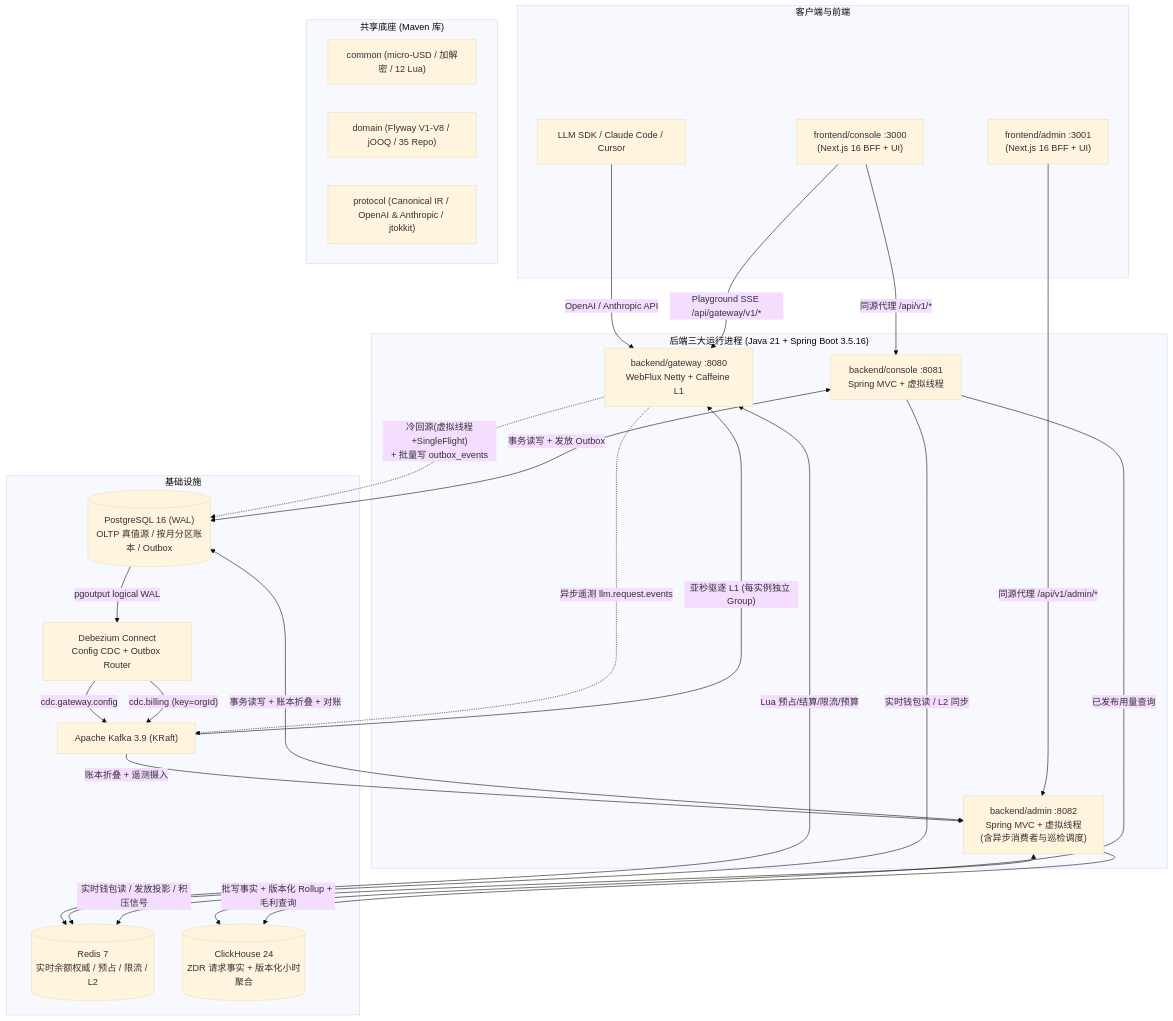
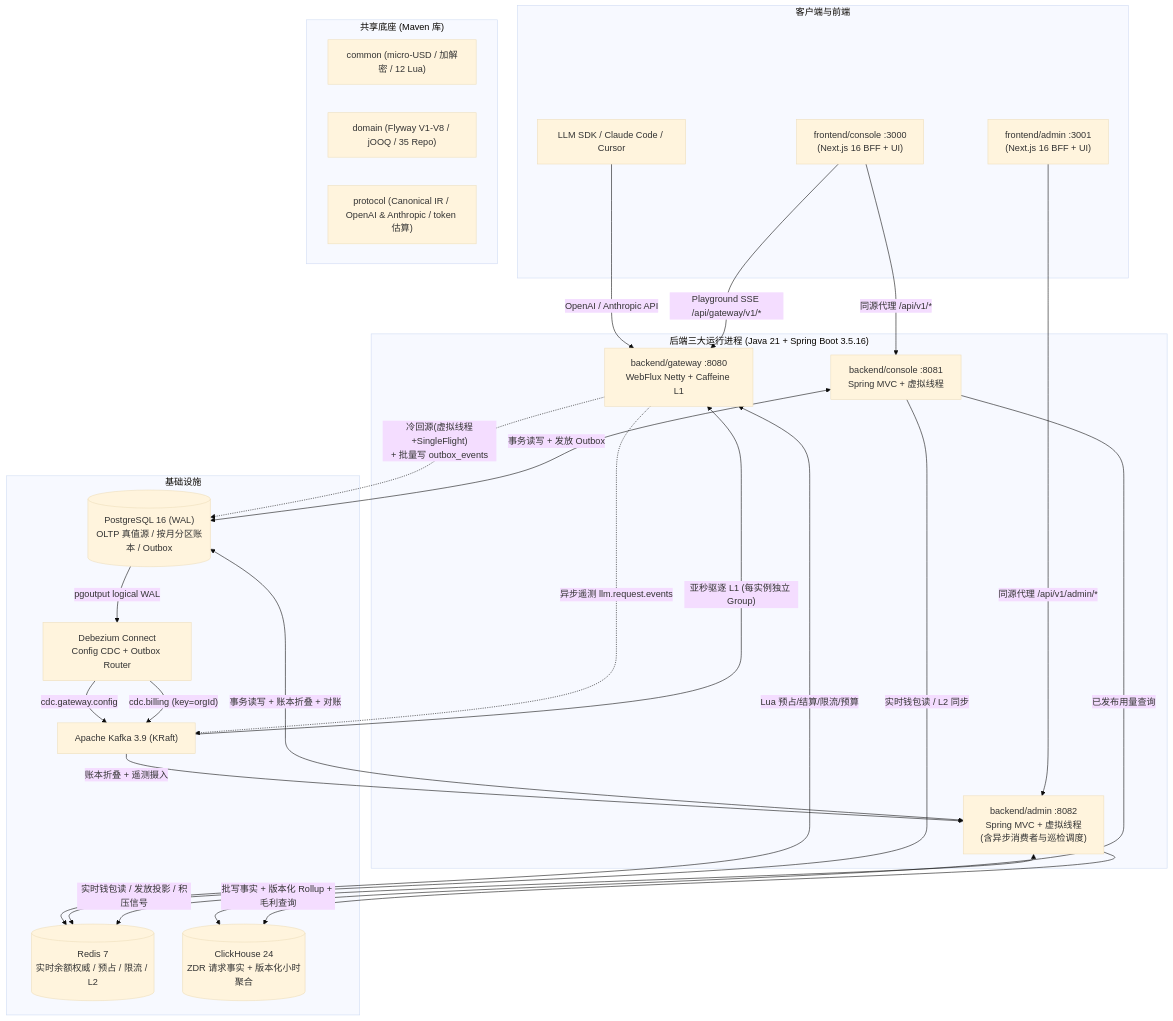
The diagram in docs/onboarding/README.md (AspirinMX/HyperLLM), drawn with Mermaid (base theme) before and after one commit. The commit also changed 18 other files, not shown here.

````diff
--- a/docs/onboarding/README.md
+++ b/docs/onboarding/README.md
@@ -28,51 +28,51 @@
 ```mermaid
 flowchart TB
     subgraph Clients["客户端与前端"]
         SDK["LLM SDK / Claude Code / Cursor"]
         ConsoleFE["frontend/console :3000<br/>(Next.js 16 BFF + UI)"]
         AdminFE["frontend/admin :3001<br/>(Next.js 16 BFF + UI)"]
     end
 
     subgraph Runtime["后端三大运行进程 (Java 21 + Spring Boot 3.5.16)"]
         GW["backend/gateway :8080<br/>WebFlux Netty + Caffeine L1"]
         CS["backend/console :8081<br/>Spring MVC + 虚拟线程"]
         AD["backend/admin :8082<br/>Spring MVC + 虚拟线程<br/>(含异步消费者与巡检调度)"]
     end
 
     subgraph Shared["共享底座 (Maven 库)"]
         CM["common (micro-USD / 加解密 / 12 Lua)"]
         DM["domain (Flyway V1-V8 / jOOQ / 35 Repo)"]
-        PR["protocol (Canonical IR / OpenAI & Anthropic / jtokkit)"]
+        PR["protocol (Canonical IR / OpenAI & Anthropic / token 估算)"]
     end
 
     subgraph Infra["基础设施"]
         RD[("Redis 7<br/>实时余额权威 / 预占 / 限流 / L2")]
         PG[("PostgreSQL 16 (WAL)<br/>OLTP 真值源 / 按月分区账本 / Outbox")]
         DZ["Debezium Connect<br/>Config CDC + Outbox Router"]
         KF["Apache Kafka 3.9 (KRaft)"]
         CH[("ClickHouse 24<br/>ZDR 请求事实 + 版本化小时聚合")]
     end
 
     SDK -->|"OpenAI / Anthropic API"| GW
     ConsoleFE -->|"同源代理 /api/v1/*"| CS
     ConsoleFE -->|"Playground SSE /api/gateway/v1/*"| GW
     AdminFE -->|"同源代理 /api/v1/admin/*"| AD
 
     GW <-->|"Lua 预占/结算/限流/预算"| RD
     GW -.->|"冷回源(虚拟线程+SingleFlight)<br/>+ 批量写 outbox_events"| PG
     GW -.->|"异步遥测 llm.request.events"| KF
 
     CS <-->|"事务读写 + 发放 Outbox"| PG
     CS -->|"实时钱包读 / L2 同步"| RD
     CS -->|"已发布用量查询"| CH
 
     AD <-->|"事务读写 + 账本折叠 + 对账"| PG
     AD <-->|"实时钱包读 / 发放投影 / 积压信号"| RD
     AD -->|"批写事实 + 版本化 Rollup + 毛利查询"| CH
 
     PG -->|"pgoutput logical WAL"| DZ
     DZ -->|"cdc.gateway.config"| KF
     DZ -->|"cdc.billing (key=orgId)"| KF
     KF -->|"亚秒驱逐 L1 (每实例独立 Group)"| GW
     KF -->|"账本折叠 + 遥测摄入"| AD
 ```
````
